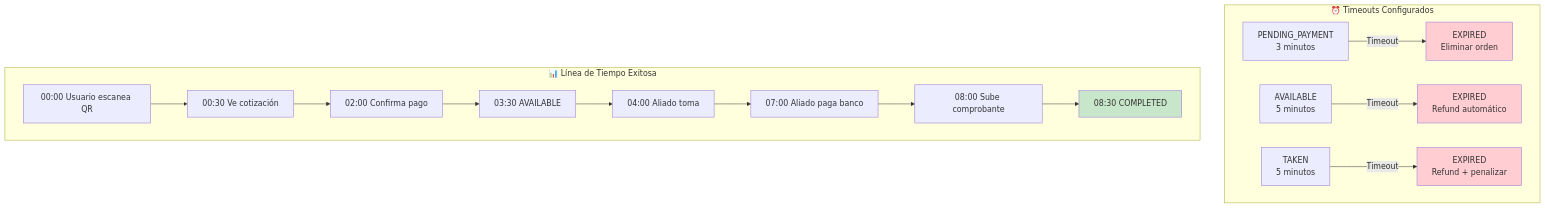
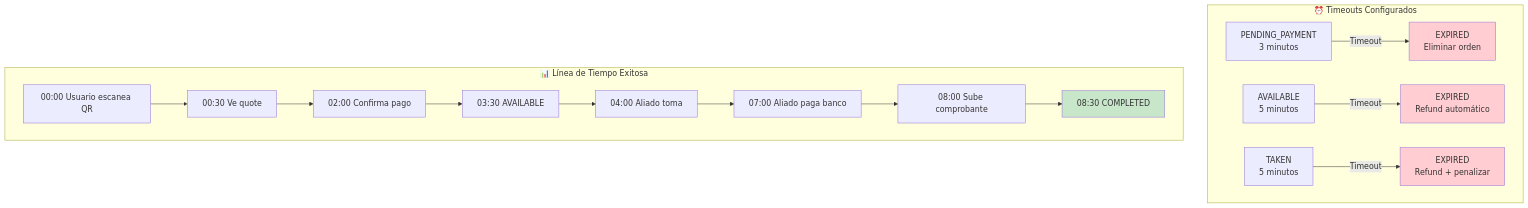
The fifth of 8 diagrams in 02-estados-y-flujos.md (kibo-project/Kibo-Wiki), drawn with Mermaid before and after one commit. The commit also changed other lines of this file and 6 other files, not shown here.

````diff
--- a/02-estados-y-flujos.md
+++ b/02-estados-y-flujos.md
@@ -298,23 +298,23 @@
 ```mermaid
 graph TB
     subgraph "⏰ Timeouts Configurados"
         A[PENDING_PAYMENT<br/>3 minutos] -->|Timeout| B[EXPIRED<br/>Eliminar orden]
         C[AVAILABLE<br/>5 minutos] -->|Timeout| D[EXPIRED<br/>Refund automático]
         E[TAKEN<br/>5 minutos] -->|Timeout| F[EXPIRED<br/>Refund + penalizar]
     end
     
     subgraph "📊 Línea de Tiempo Exitosa"
-        T0[00:00 Usuario escanea QR] --> T1[00:30 Ve cotización]
+        T0[00:00 Usuario escanea QR] --> T1[00:30 Ve quote]
         T1 --> T2[02:00 Confirma pago]
         T2 --> T3[03:30 AVAILABLE]
         T3 --> T4[04:00 Aliado toma]
         T4 --> T5[07:00 Aliado paga banco]
         T5 --> T6[08:00 Sube comprobante]
         T6 --> T7[08:30 COMPLETED]
     end
     
     style B fill:#ffcdd2
     style D fill:#ffcdd2
     style F fill:#ffcdd2
     style T7 fill:#c8e6c9
 ```
````
